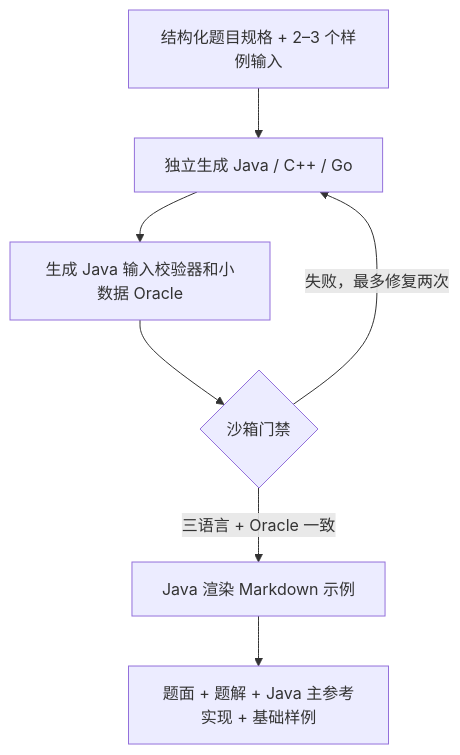
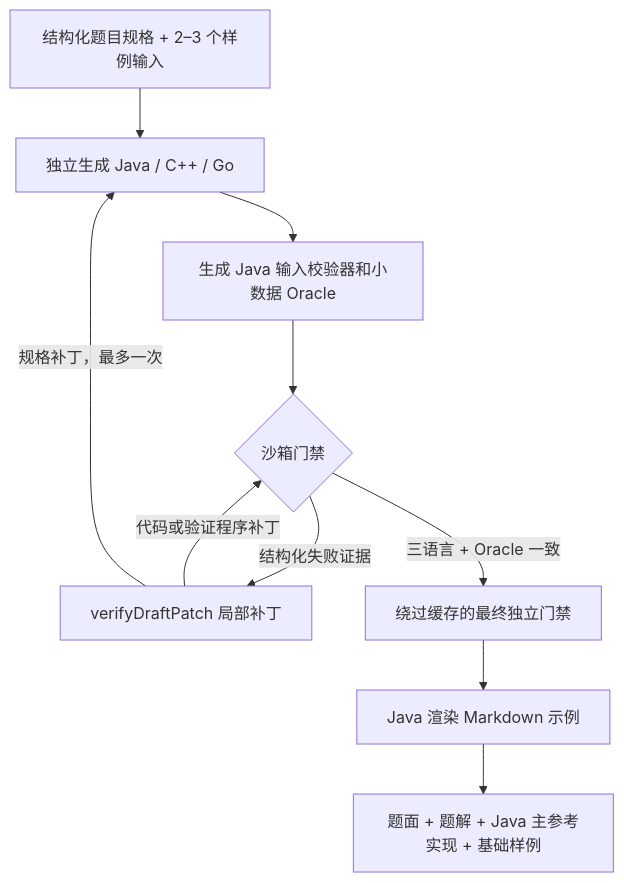
Before and after one commit to qwerlty123/myoj-microservice: the second of 4 diagrams in docs/ai-authoring-workflows.md, drawn with Mermaid. The commit also changed other lines of this file and 68 other files, not shown here.

````diff
--- a/docs/ai-authoring-workflows.md
+++ b/docs/ai-authoring-workflows.md
@@ -42,9 +43,12 @@
 ```mermaid
 flowchart TD
     S["结构化题目规格 + 2–3 个样例输入"] --> R["独立生成 Java / C++ / Go"]
     R --> V["生成 Java 输入校验器和小数据 Oracle"]
     V --> G{"沙箱门禁"}
-    G -->|"失败，最多修复两次"| R
-    G -->|"三语言 + Oracle 一致"| M["Java 渲染 Markdown 示例"]
+    G -->|"结构化失败证据"| T["verifyDraftPatch 局部补丁"]
+    T -->|"代码或验证程序补丁"| G
+    T -->|"规格补丁，最多一次"| R
+    G -->|"三语言 + Oracle 一致"| F["绕过缓存的最终独立门禁"]
+    F --> M["Java 渲染 Markdown 示例"]
     M --> A["题面 + 题解 + Java 主参考实现 + 基础样例"]
 ```
````
